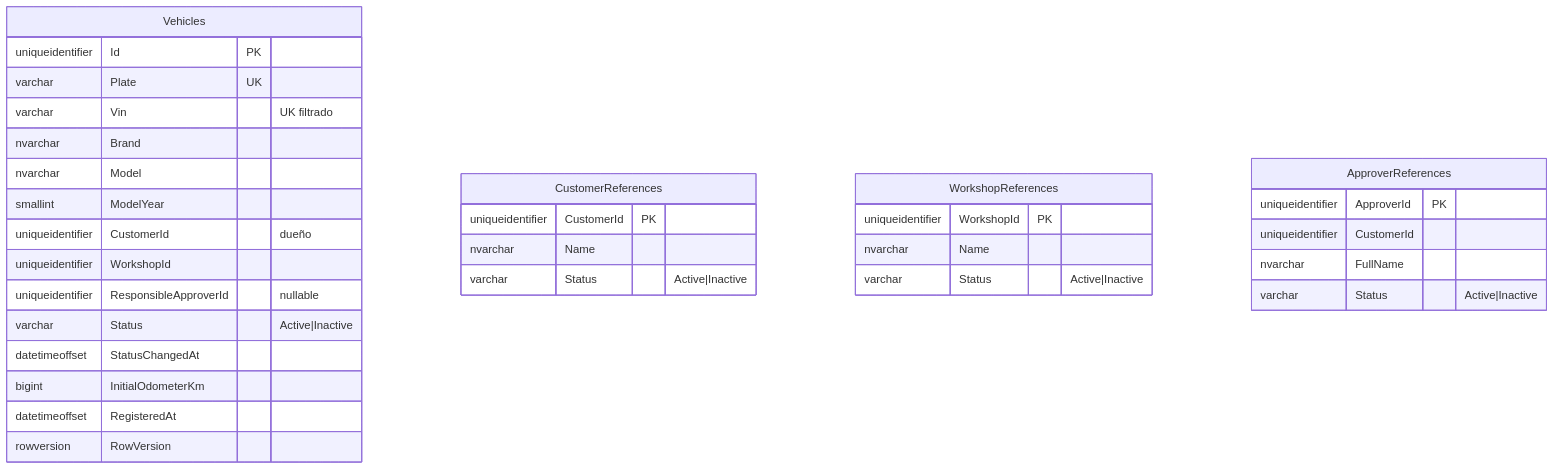
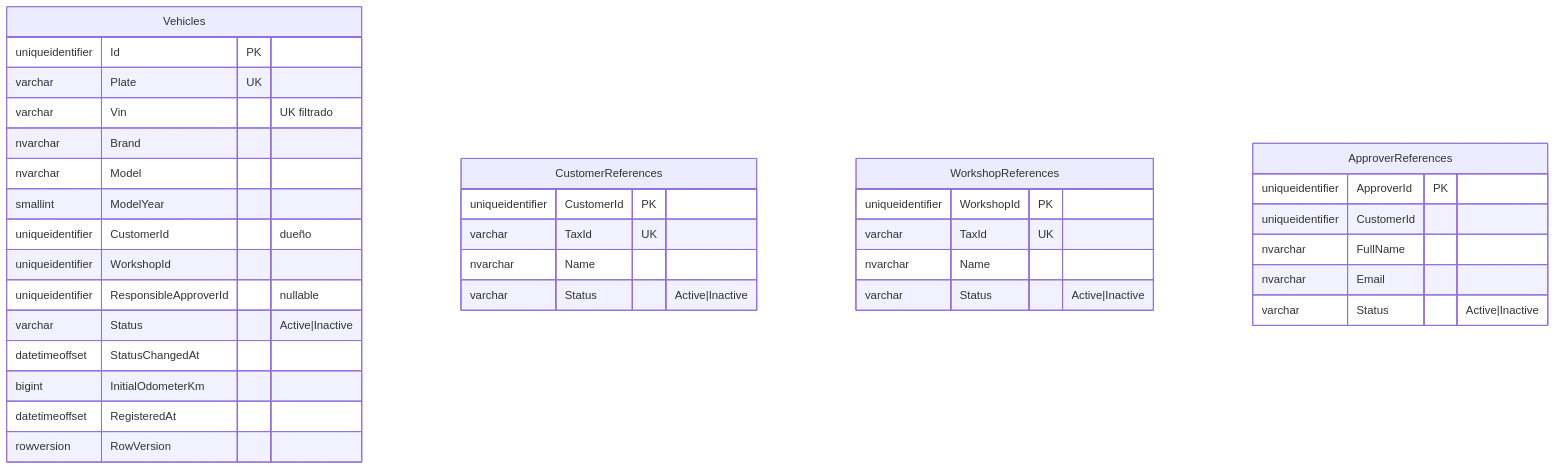
One commit to dmazo1023/rutaviva-fleet-maintenance-platform changed the third of 8 diagrams in docs/architecture/data-model.md. Above: the diagram before and after it, drawn with Mermaid. The commit also changed other lines of this file and 60 other files, not shown here.

````diff
--- a/docs/architecture/data-model.md
+++ b/docs/architecture/data-model.md
@@ -73,35 +75,38 @@
 ```mermaid
 erDiagram
     Vehicles {
         uniqueidentifier Id PK
         varchar Plate UK
         varchar Vin "UK filtrado"
         nvarchar Brand
         nvarchar Model
         smallint ModelYear
         uniqueidentifier CustomerId "dueño"
         uniqueidentifier WorkshopId
         uniqueidentifier ResponsibleApproverId "nullable"
         varchar Status "Active|Inactive"
         datetimeoffset StatusChangedAt
         bigint InitialOdometerKm
         datetimeoffset RegisteredAt
         rowversion RowVersion
     }
     CustomerReferences {
         uniqueidentifier CustomerId PK
+        varchar TaxId UK
         nvarchar Name
         varchar Status "Active|Inactive"
     }
     WorkshopReferences {
         uniqueidentifier WorkshopId PK
+        varchar TaxId UK
         nvarchar Name
         varchar Status "Active|Inactive"
     }
     ApproverReferences {
         uniqueidentifier ApproverId PK
         uniqueidentifier CustomerId
         nvarchar FullName
+        nvarchar Email
         varchar Status "Active|Inactive"
     }
 ```
````
